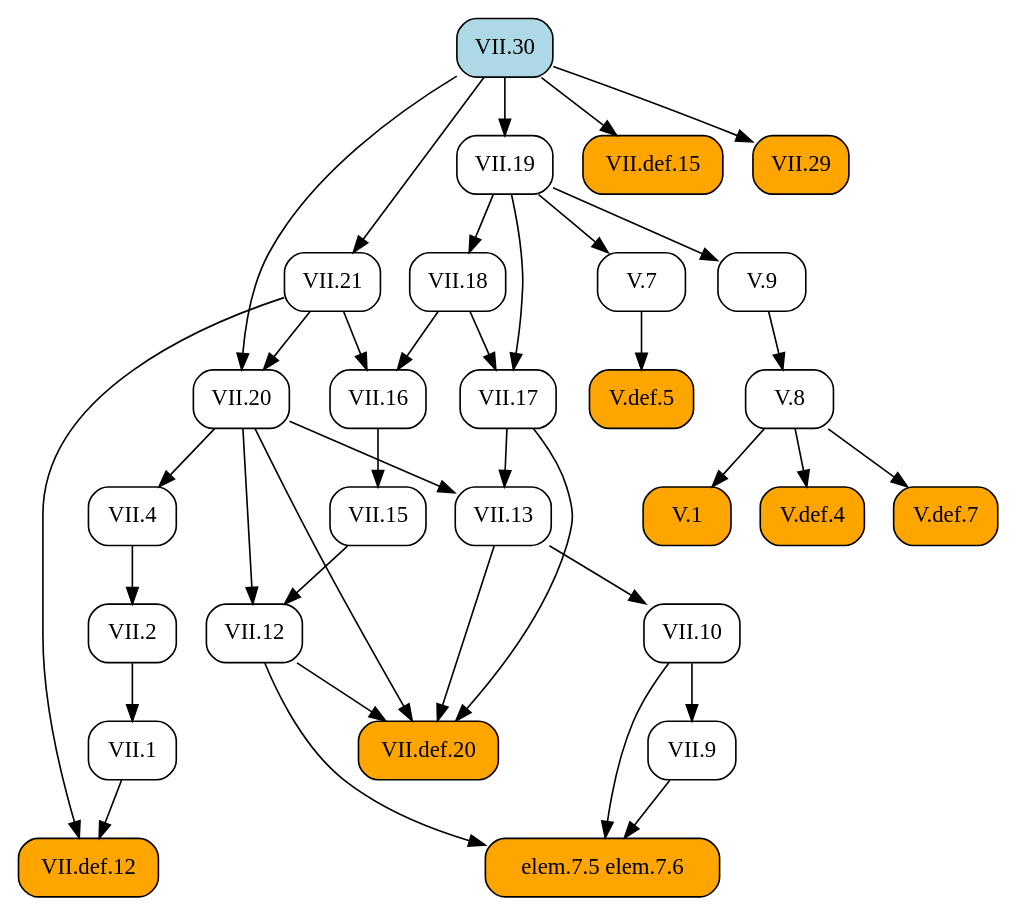
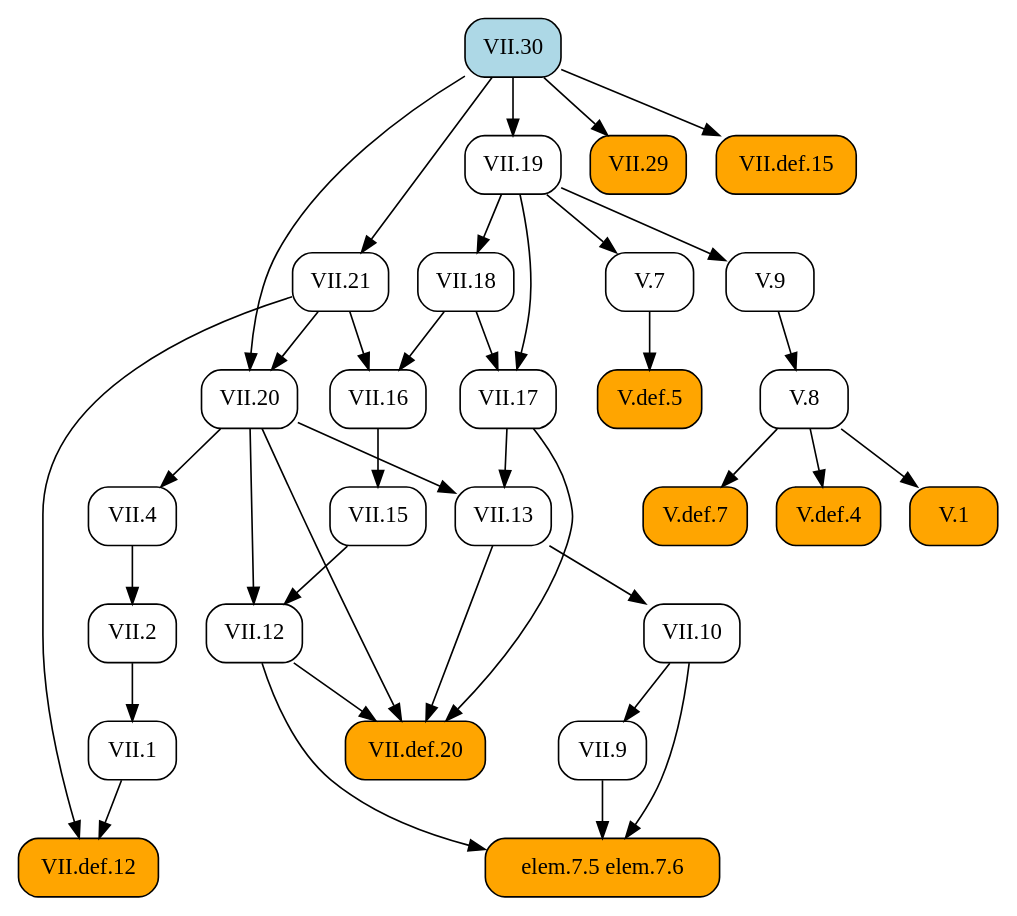
One commit to geometor/elements changed the diagram in docsrc/heath/VII/30/index.rst. Above: the diagram before and after it, drawn with Graphviz. The commit also changed other lines of this file and 484 other files, not shown here.

```diff
--- a/docsrc/heath/VII/30/index.rst
+++ b/docsrc/heath/VII/30/index.rst
@@ -42,70 +42,70 @@
 .. graphviz::
 
    digraph {
      rankdir="TB";
      node [shape=box, style=rounded];
-     "VII.def.12" [style="rounded,filled", fillcolor=orange, URL="/heath/VII/def.12/", target="_top"];
-     "V.8" [URL="/heath/V/8/", target="_top"];
+     "VII.12" [URL="/heath/VII/12/", target="_top"];
+     "elem.7.5 elem.7.6" [style="rounded,filled", fillcolor=orange];
+     "V.def.7" [style="rounded,filled", fillcolor=orange, URL="/heath/V/def.7/", target="_top"];
+     "VII.30" [style="rounded,filled", fillcolor=lightblue, URL="/heath/VII/30/", target="_top"];
+     "VII.9" [URL="/heath/VII/9/", target="_top"];
+     "VII.18" [URL="/heath/VII/18/", target="_top"];
+     "VII.16" [URL="/heath/VII/16/", target="_top"];
+     "V.7" [URL="/heath/V/7/", target="_top"];
+     "VII.21" [URL="/heath/VII/21/", target="_top"];
+     "V.def.5" [style="rounded,filled", fillcolor=orange, URL="/heath/V/def.5/", target="_top"];
+     "V.def.4" [style="rounded,filled", fillcolor=orange, URL="/heath/V/def.4/", target="_top"];
+     "V.9" [URL="/heath/V/9/", target="_top"];
      "VII.1" [URL="/heath/VII/1/", target="_top"];
      "VII.10" [URL="/heath/VII/10/", target="_top"];
-     "VII.30" [style="rounded,filled", fillcolor=lightblue, URL="/heath/VII/30/", target="_top"];
-     "VII.9" [URL="/heath/VII/9/", target="_top"];
+     "V.8" [URL="/heath/V/8/", target="_top"];
+     "VII.13" [URL="/heath/VII/13/", target="_top"];
+     "VII.4" [URL="/heath/VII/4/", target="_top"];
+     "VII.def.12" [style="rounded,filled", fillcolor=orange, URL="/heath/VII/def.12/", target="_top"];
+     "VII.20" [URL="/heath/VII/20/", target="_top"];
+     "V.1" [style="rounded,filled", fillcolor=orange, URL="/heath/V/1/", target="_top"];
+     "VII.29" [style="rounded,filled", fillcolor=orange, URL="/heath/VII/29/", target="_top"];
      "VII.def.15" [style="rounded,filled", fillcolor=orange, URL="/heath/VII/def.15/", target="_top"];
-     "V.def.5" [style="rounded,filled", fillcolor=orange, URL="/heath/V/def.5/", target="_top"];
+     "VII.17" [URL="/heath/VII/17/", target="_top"];
      "VII.19" [URL="/heath/VII/19/", target="_top"];
-     "VII.18" [URL="/heath/VII/18/", target="_top"];
-     "VII.29" [style="rounded,filled", fillcolor=orange, URL="/heath/VII/29/", target="_top"];
-     "VII.16" [URL="/heath/VII/16/", target="_top"];
-     "VII.4" [URL="/heath/VII/4/", target="_top"];
-     "VII.21" [URL="/heath/VII/21/", target="_top"];
-     "V.1" [style="rounded,filled", fillcolor=orange, URL="/heath/V/1/", target="_top"];
-     "VII.17" [URL="/heath/VII/17/", target="_top"];
-     "elem.7.5 elem.7.6" [style="rounded,filled", fillcolor=orange];
-     "VII.20" [URL="/heath/VII/20/", target="_top"];
-     "V.7" [URL="/heath/V/7/", target="_top"];
-     "V.9" [URL="/heath/V/9/", target="_top"];
-     "V.def.4" [style="rounded,filled", fillcolor=orange, URL="/heath/V/def.4/", target="_top"];
-     "VII.13" [URL="/heath/VII/13/", target="_top"];
      "VII.2" [URL="/heath/VII/2/", target="_top"];
-     "V.def.7" [style="rounded,filled", fillcolor=orange, URL="/heath/V/def.7/", target="_top"];
-     "VII.12" [URL="/heath/VII/12/", target="_top"];
+     "VII.def.20" [style="rounded,filled", fillcolor=orange, URL="/heath/VII/def.20/", target="_top"];
      "VII.15" [URL="/heath/VII/15/", target="_top"];
-     "VII.def.20" [style="rounded,filled", fillcolor=orange, URL="/heath/VII/def.20/", target="_top"];
-     "VII.1" -> "VII.def.12";
-     "VII.21" -> "VII.def.12";
-     "V.9" -> "V.8";
-     "VII.2" -> "VII.1";
-     "VII.13" -> "VII.10";
-     "VII.10" -> "VII.9";
-     "VII.30" -> "VII.def.15";
-     "V.7" -> "V.def.5";
-     "VII.30" -> "VII.19";
-     "VII.19" -> "VII.18";
-     "VII.30" -> "VII.29";
-     "VII.18" -> "VII.16";
-     "VII.21" -> "VII.16";
-     "VII.20" -> "VII.4";
-     "VII.30" -> "VII.21";
-     "V.8" -> "V.1";
-     "VII.18" -> "VII.17";
-     "VII.19" -> "VII.17";
+     "VII.15" -> "VII.12";
+     "VII.20" -> "VII.12";
      "VII.9" -> "elem.7.5 elem.7.6";
      "VII.10" -> "elem.7.5 elem.7.6";
      "VII.12" -> "elem.7.5 elem.7.6";
+     "V.8" -> "V.def.7";
+     "VII.10" -> "VII.9";
+     "VII.19" -> "VII.18";
+     "VII.18" -> "VII.16";
+     "VII.21" -> "VII.16";
+     "VII.19" -> "V.7";
+     "VII.30" -> "VII.21";
+     "V.7" -> "V.def.5";
+     "V.8" -> "V.def.4";
+     "VII.19" -> "V.9";
+     "VII.2" -> "VII.1";
+     "VII.13" -> "VII.10";
+     "V.9" -> "V.8";
+     "VII.17" -> "VII.13";
+     "VII.20" -> "VII.13";
+     "VII.20" -> "VII.4";
+     "VII.1" -> "VII.def.12";
+     "VII.21" -> "VII.def.12";
      "VII.21" -> "VII.20";
      "VII.30" -> "VII.20";
-     "VII.19" -> "V.7";
-     "VII.19" -> "V.9";
-     "V.8" -> "V.def.4";
-     "VII.17" -> "VII.13";
-     "VII.20" -> "VII.13";
+     "V.8" -> "V.1";
+     "VII.30" -> "VII.29";
+     "VII.30" -> "VII.def.15";
+     "VII.18" -> "VII.17";
+     "VII.19" -> "VII.17";
+     "VII.30" -> "VII.19";
      "VII.4" -> "VII.2";
-     "V.8" -> "V.def.7";
-     "VII.15" -> "VII.12";
-     "VII.20" -> "VII.12";
-     "VII.16" -> "VII.15";
      "VII.12" -> "VII.def.20";
      "VII.13" -> "VII.def.20";
      "VII.17" -> "VII.def.20";
      "VII.20" -> "VII.def.20";
+     "VII.16" -> "VII.15";
    }
```
